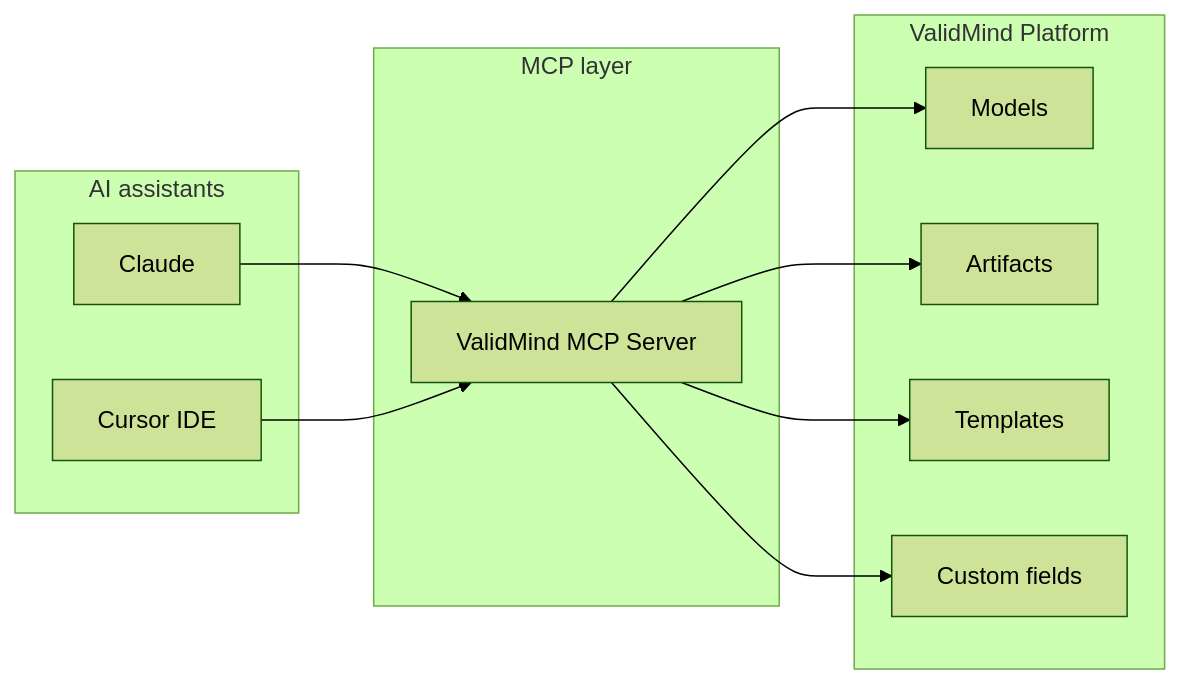
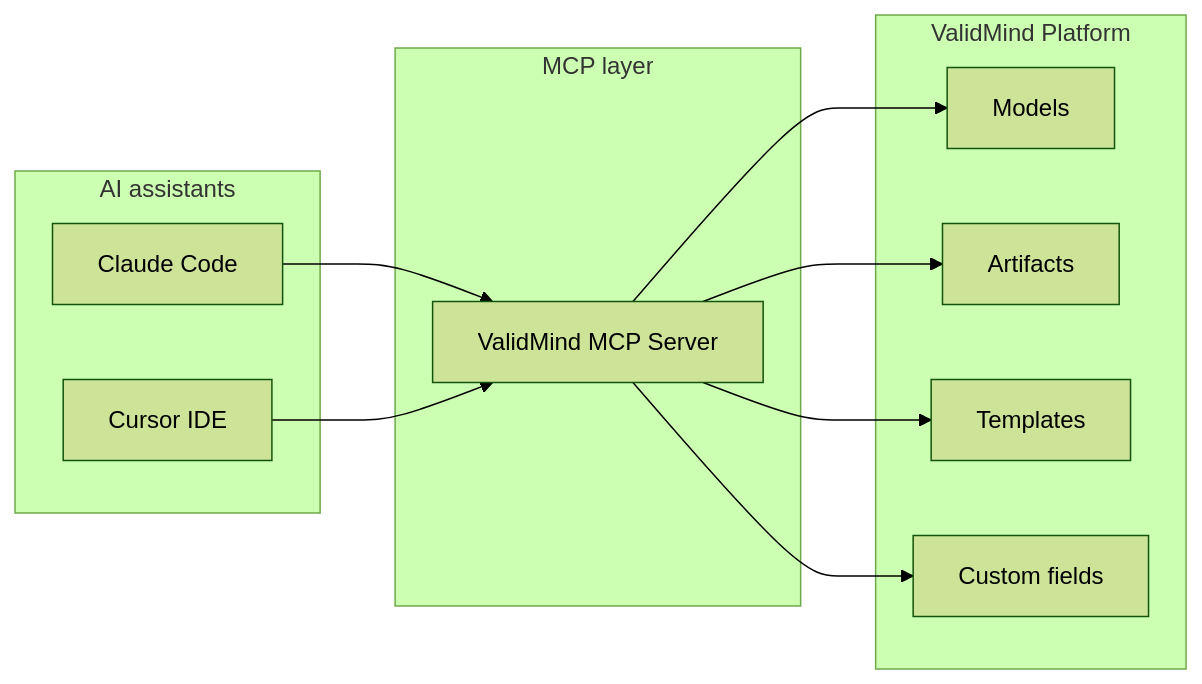
The diagram in site/guide/mcp/connect-ai-assistants-via-mcp.qmd (validmind/documentation), drawn with Mermaid (forest theme) before and after one commit. The commit also changed other lines of this file, not shown here.

````diff
--- a/site/guide/mcp/connect-ai-assistants-via-mcp.qmd
+++ b/site/guide/mcp/connect-ai-assistants-via-mcp.qmd
@@ -34,25 +34,25 @@
 ```{mermaid}
 graph LR
     subgraph ai [AI assistants]
-        Claude[Claude]
+        Claude[Claude Code]
         Cursor[Cursor IDE]
     end
     
     subgraph mcp [MCP layer]
         MCPServer[ValidMind MCP Server]
     end
     
     subgraph vm [ValidMind Platform]
         Models[Models]
         Artifacts[Artifacts]
         Templates[Templates]
         CustomFields[Custom fields]
     end
     
     Claude --> MCPServer
     Cursor --> MCPServer
     MCPServer --> Models
     MCPServer --> Artifacts
     MCPServer --> Templates
     MCPServer --> CustomFields
 ```
````
